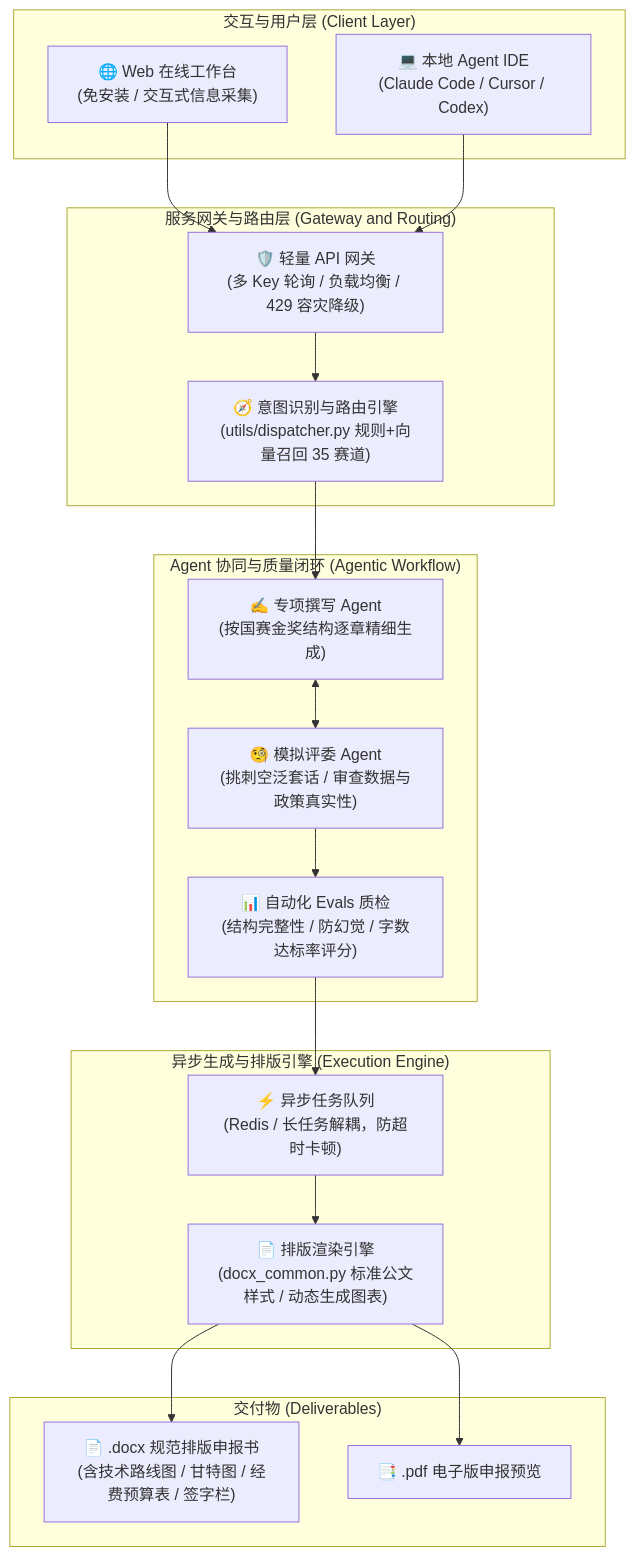
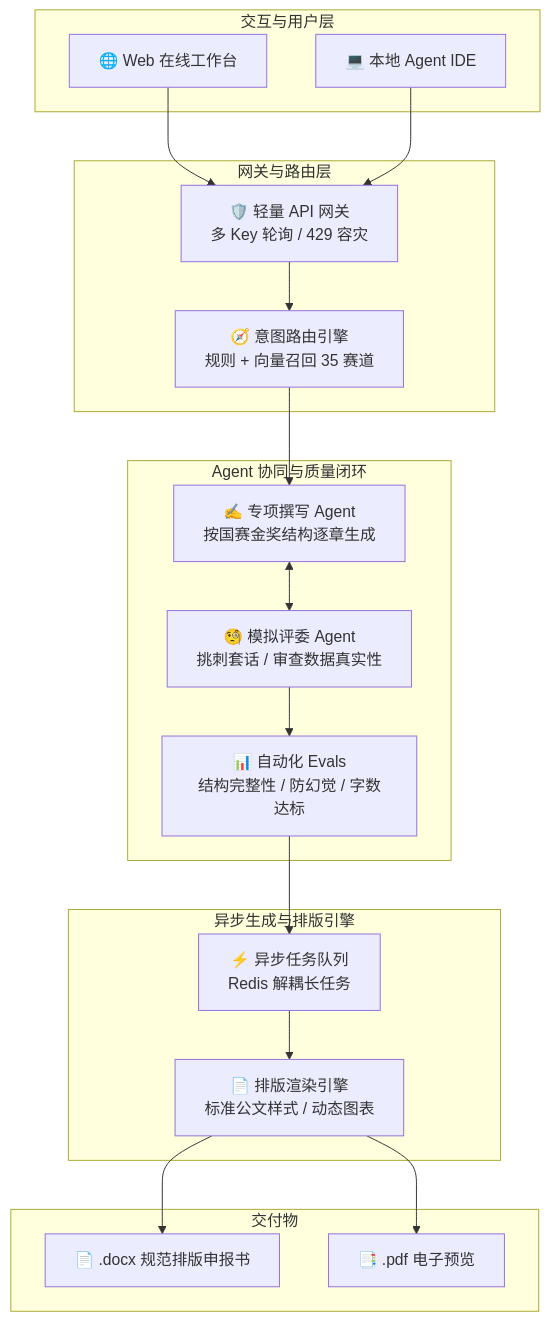
Before and after one commit to cuic19053-hue/awesome-student-ai-skills: the diagram in README.md, drawn with Mermaid. The commit also changed other lines of this file, not shown here.

````diff
--- a/README.md
+++ b/README.md
@@ -160,39 +265,34 @@
 ```mermaid
 flowchart TD
-    subgraph ClientLayer["交互与用户层 (Client Layer)"]
-        WebUI["🌐 Web 在线工作台<br/>(免安装 / 交互式信息采集)"]
-        IDE["💻 本地 Agent IDE<br/>(Claude Code / Cursor / Codex)"]
+    subgraph ClientLayer["交互与用户层"]
+        WebUI["🌐 Web 在线工作台"]
+        IDE["💻 本地 Agent IDE"]
     end
-
-    subgraph GatewayLayer["服务网关与路由层 (Gateway and Routing)"]
-        Gateway["🛡️ 轻量 API 网关<br/>(多 Key 轮询 / 负载均衡 / 429 容灾降级)"]
-        Dispatcher["🧭 意图识别与路由引擎<br/>(utils/dispatcher.py 规则+向量召回 35 赛道)"]
+    subgraph GatewayLayer["网关与路由层"]
+        Gateway["🛡️ 轻量 API 网关<br/>多 Key 轮询 / 429 容灾"]
+        Dispatcher["🧭 意图路由引擎<br/>规则 + 向量召回 35 赛道"]
     end
-
-    subgraph AgentCore["Agent 协同与质量闭环 (Agentic Workflow)"]
-        DraftAgent["✍️ 专项撰写 Agent<br/>(按国赛金奖结构逐章精细生成)"]
-        ReviewAgent["🧐 模拟评委 Agent<br/>(挑刺空泛套话 / 审查数据与政策真实性)"]
-        Evals["📊 自动化 Evals 质检<br/>(结构完整性 / 防幻觉 / 字数达标率评分)"]
+    subgraph AgentCore["Agent 协同与质量闭环"]
+        DraftAgent["✍️ 专项撰写 Agent<br/>按国赛金奖结构逐章生成"]
+        ReviewAgent["🧐 模拟评委 Agent<br/>挑刺套话 / 审查数据真实性"]
+        Evals["📊 自动化 Evals<br/>结构完整性 / 防幻觉 / 字数达标"]
     end
-
-    subgraph TaskEngine["异步生成与排版引擎 (Execution Engine)"]
-        Queue["⚡ 异步任务队列<br/>(Redis / 长任务解耦，防超时卡顿)"]
-        DocxEngine["📄 排版渲染引擎<br/>(docx_common.py 标准公文样式 / 动态生成图表)"]
+    subgraph TaskEngine["异步生成与排版引擎"]
+        Queue["⚡ 异步任务队列<br/>Redis 解耦长任务"]
+        DocxEngine["📄 排版渲染引擎<br/>标准公文样式 / 动态图表"]
     end
-
-    subgraph Output["交付物 (Deliverables)"]
-        Word["📄 .docx 规范排版申报书<br/>(含技术路线图 / 甘特图 / 经费预算表 / 签字栏)"]
-        PDF["📑 .pdf 电子版申报预览"]
+    subgraph Output["交付物"]
+        Word["📄 .docx 规范排版申报书"]
+        PDF["📑 .pdf 电子预览"]
     end
-
     WebUI --> Gateway
     IDE --> Gateway
     Gateway --> Dispatcher
     Dispatcher --> DraftAgent
     DraftAgent <--> ReviewAgent
     ReviewAgent --> Evals
     Evals --> Queue
     Queue --> DocxEngine
     DocxEngine --> Word
     DocxEngine --> PDF
 ```
````
